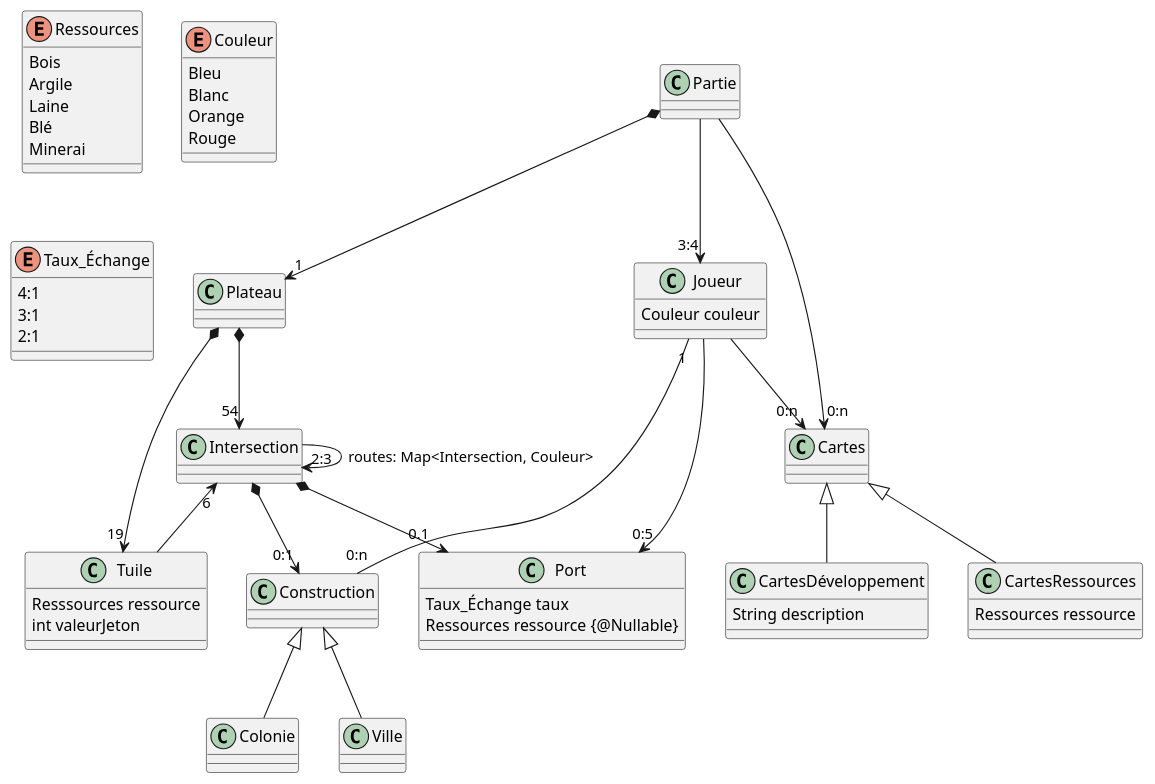
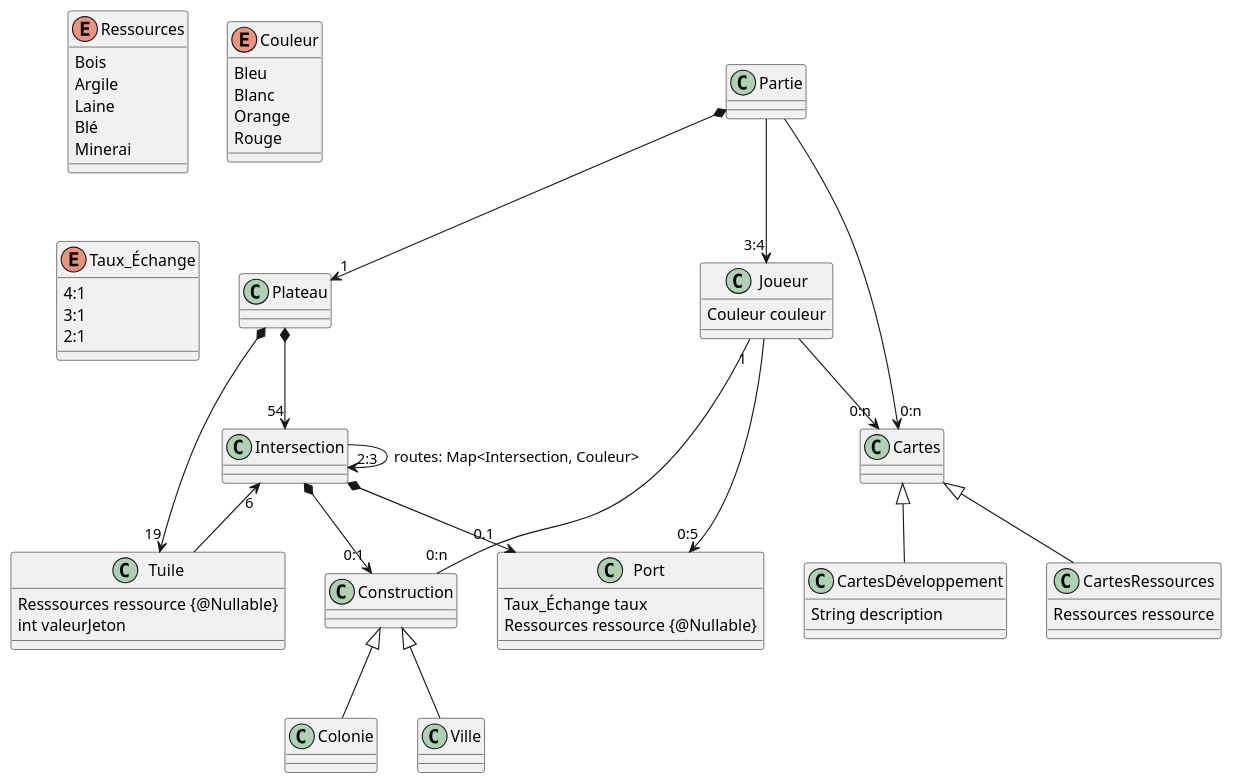
Before and after one commit to Lapin-Obez/colon_de_catane: the first of 3 diagrams in catan-doc/modules/analyse/pages/analyse.adoc, drawn with PlantUML.

Commit message:
Ajout de @Nullable pour les ressources d'une Tuile dans le diagramme UML

```diff
--- a/catan-doc/modules/analyse/pages/analyse.adoc
+++ b/catan-doc/modules/analyse/pages/analyse.adoc
@@ -22,82 +22,82 @@
 [plantuml]
 ....
 @startuml
 
 enum Ressources {
 Bois
 Argile
 Laine
 Blé
 Minerai
 }
 
 enum Couleur {
 Bleu
 Blanc
 Orange
 Rouge
 }
 
 enum Taux_Échange {
 4:1
 3:1
 2:1
 }
 
 class Partie
 class Plateau
 
 class Port{
 Taux_Échange taux
 Ressources ressource {@Nullable}
 }
 
 class Tuile{
-Resssources ressource
+Resssources ressource {@Nullable}
 int valeurJeton
 }
 
 class Intersection
 
 class Joueur{
 Couleur couleur
 }
 
 class Cartes
 class CartesRessources{
   Ressources ressource
 }
 class CartesDéveloppement{
   String description
 }
 
 class Construction {
 }
 class Colonie
 class Ville
 
 
 Partie *--> "1" Plateau
 Plateau *--> "19" Tuile
 Plateau *--> "54" Intersection
 
 Construction <|-- Ville
 Construction <|-- Colonie
 
 Intersection *--> "0:1" Construction
 Intersection --> "2:3" Intersection : routes: Map<Intersection, Couleur>
 Intersection "6" <-- Tuile
 Intersection *--> "0.1" Port
 
 Partie --> "0:n" Cartes
 
 Cartes <|-- CartesRessources
 Cartes <|-- CartesDéveloppement
 
 Partie --> "3:4" Joueur
 Joueur --> "0:n" Cartes
 Joueur --> "0:5" Port
 Joueur "1" -- "0:n" Construction
 
 @enduml
 ....
```
